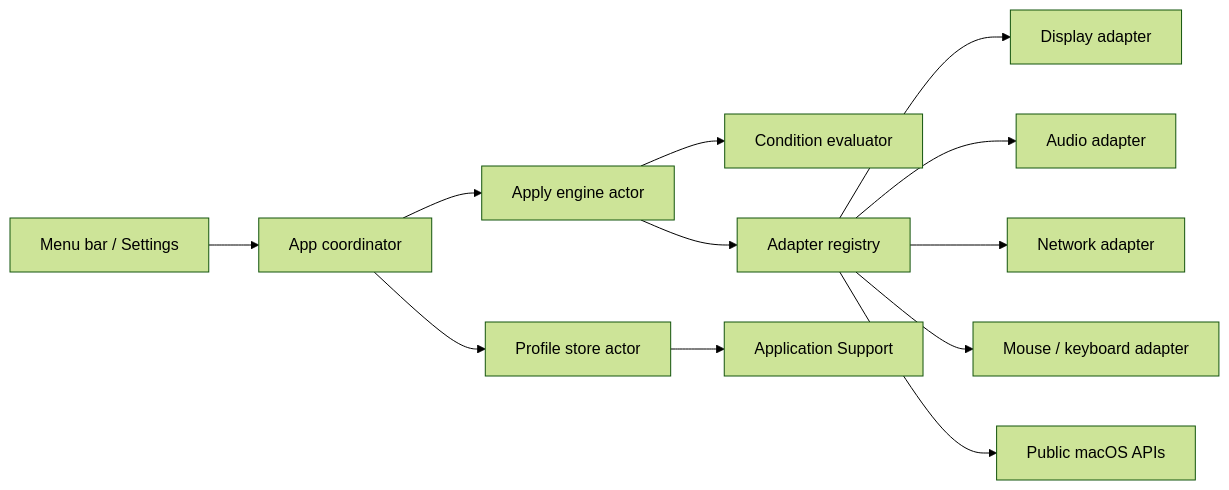
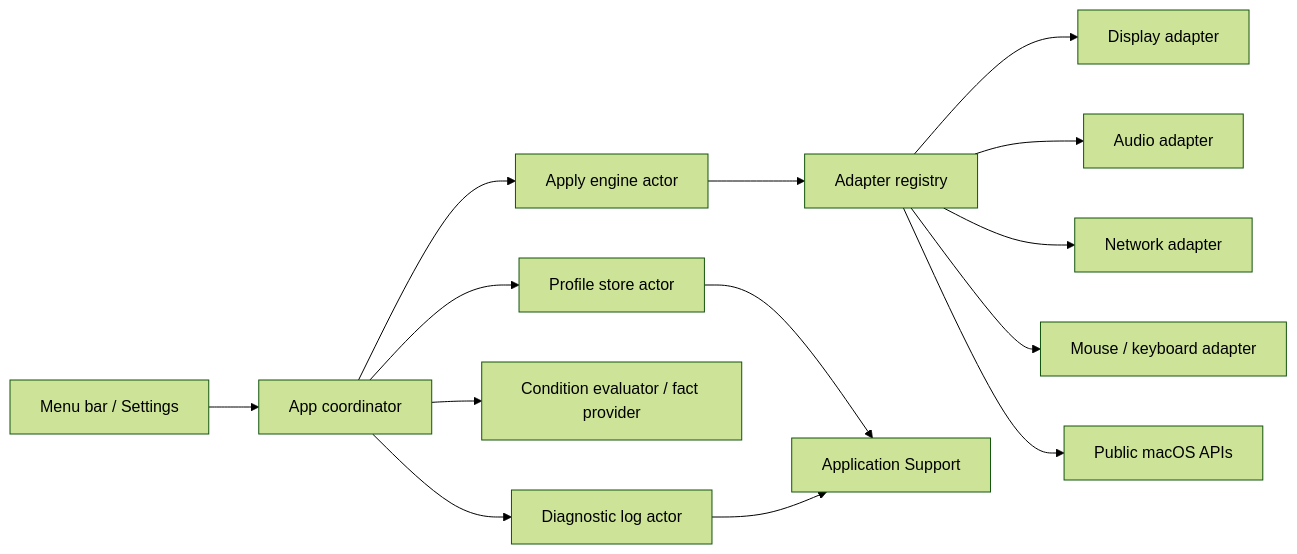
Before and after one commit to GGULBAE/desk-setup-switcher: the first of 2 diagrams in docs/ARCHITECTURE.md, drawn with Mermaid (forest theme). The commit also changed other lines of this file and 111 other files, not shown here.

````diff
--- a/docs/ARCHITECTURE.md
+++ b/docs/ARCHITECTURE.md
@@ -27,14 +27,16 @@
 ```mermaid
 flowchart LR
     UI["Menu bar / Settings"] --> Coordinator["App coordinator"]
     Coordinator --> Store["Profile store actor"]
+    Coordinator --> Diagnostics["Diagnostic log actor"]
+    Coordinator --> Conditions["Condition evaluator / fact provider"]
     Coordinator --> Engine["Apply engine actor"]
-    Engine --> Conditions["Condition evaluator"]
     Engine --> Registry["Adapter registry"]
     Registry --> Display["Display adapter"]
     Registry --> Audio["Audio adapter"]
     Registry --> Network["Network adapter"]
     Registry --> Input["Mouse / keyboard adapter"]
     Store --> AppSupport["Application Support"]
+    Diagnostics --> AppSupport
     Registry --> macOS["Public macOS APIs"]
 ```
````
